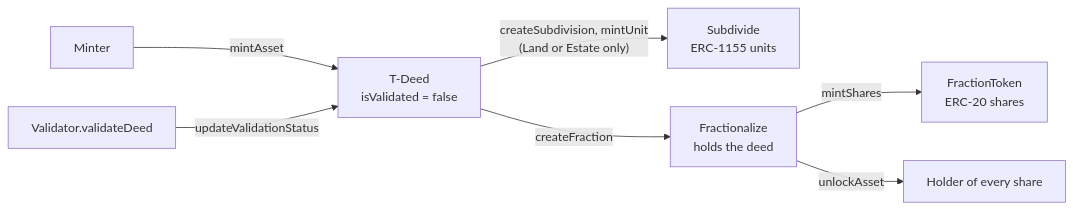
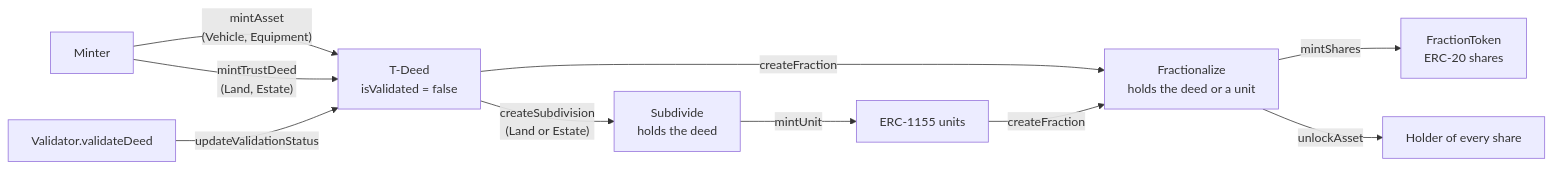
One commit to Deed3Labs/Protocol-Contracts changed the diagram in docs/protocol/deed-track/protocol-overview.md. Above: the diagram before and after it, drawn with Mermaid. The commit also changed other lines of this file and 51 other files, not shown here.

````diff
--- a/docs/protocol/deed-track/protocol-overview.md
+++ b/docs/protocol/deed-track/protocol-overview.md
@@ -61,9 +84,12 @@
 ```mermaid
 flowchart LR
-  M["Minter"] -->|"mintAsset"| D["T-Deed<br/>isValidated = false"]
+  M["Minter"] -->|"mintAsset<br/>(Vehicle, Equipment)"| D["T-Deed<br/>isValidated = false"]
+  M -->|"mintTrustDeed<br/>(Land, Estate)"| D
   V["Validator.validateDeed"] -->|"updateValidationStatus"| D
-  D -->|"createSubdivision, mintUnit<br/>(Land or Estate only)"| S["Subdivide<br/>ERC-1155 units"]
-  D -->|"createFraction"| F["Fractionalize<br/>holds the deed"]
+  D -->|"createSubdivision<br/>(Land or Estate)"| S["Subdivide<br/>holds the deed"]
+  S -->|"mintUnit"| U["ERC-1155 units"]
+  D -->|"createFraction"| F["Fractionalize<br/>holds the deed or a unit"]
+  U -->|"createFraction"| F
   F -->|"mintShares"| T["FractionToken<br/>ERC-20 shares"]
   F -->|"unlockAsset"| O["Holder of every share"]
 ```
````
